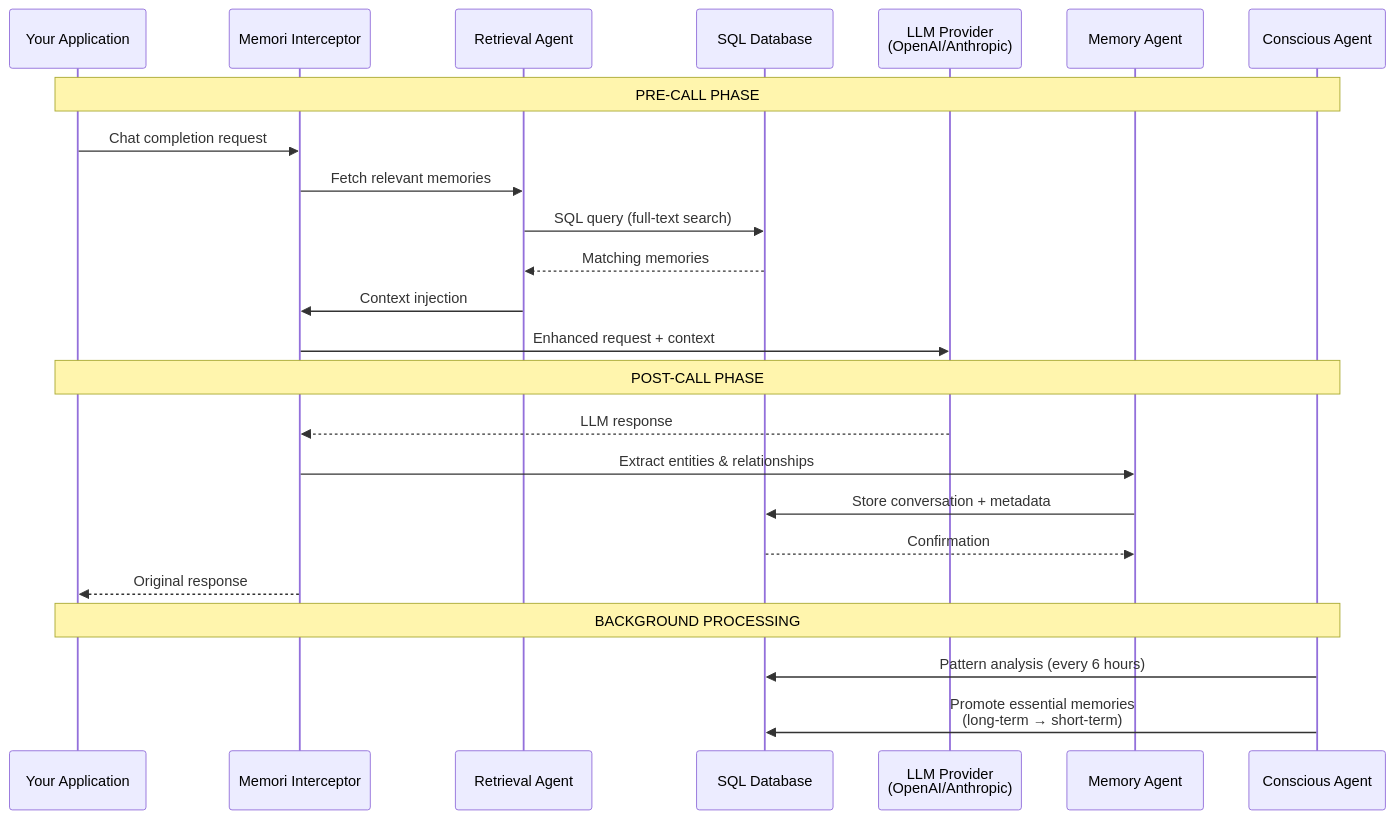
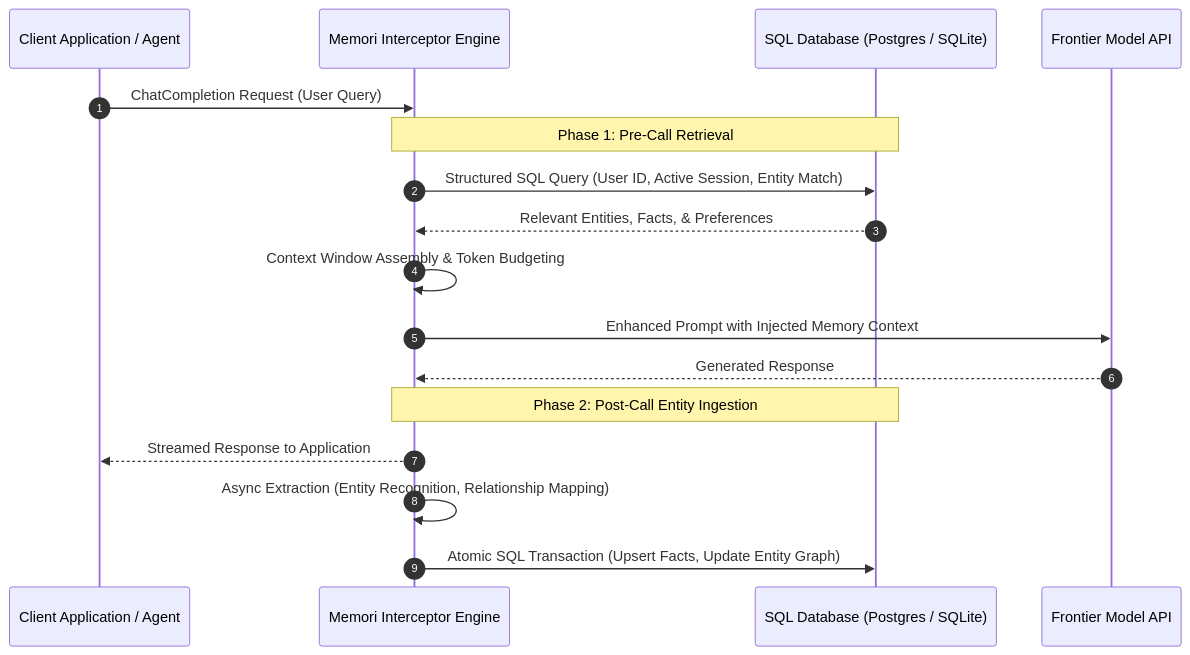
Before and after one commit to akillness/akillness.github.io: the first of 2 diagrams in _posts/2025/11/2025-11-26-memori-sql-native-memory-for-llms.md, drawn with Mermaid. The commit also changed other lines of this file and 1 other file, not shown here.

Commit message:
archive(dev): rebuild memori-sql-native-memory-for-llms from 2025-11 note

````diff
--- a/_posts/2025/11/2025-11-26-memori-sql-native-memory-for-llms.md
+++ b/_posts/2025/11/2025-11-26-memori-sql-native-memory-for-llms.md
@@ -70,29 +33,21 @@
 ```mermaid
 sequenceDiagram
-    participant App as Your Application
-    participant MI as Memori Interceptor
-    participant RA as Retrieval Agent
-    participant DB as SQL Database
-    participant LLM as LLM Provider<br/>(OpenAI/Anthropic)
-    participant MA as Memory Agent
-    participant CA as Conscious Agent
+    autonumber
+    participant App as Client Application / Agent
+    participant MI as Memori Interceptor Engine
+    participant DB as SQL Database (Postgres / SQLite)
+    participant LLM as Frontier Model API
 
-    Note over App,CA: PRE-CALL PHASE
-    App->>MI: Chat completion request
-    MI->>RA: Fetch relevant memories
-    RA->>DB: SQL query (full-text search)
-    DB-->>RA: Matching memories
-    RA->>MI: Context injection
-    MI->>LLM: Enhanced request + context
+    App->>MI: ChatCompletion Request (User Query)
+    Note over MI,DB: Phase 1: Pre-Call Retrieval
+    MI->>DB: Structured SQL Query (User ID, Active Session, Entity Match)
+    DB-->>MI: Relevant Entities, Facts, & Preferences
+    MI->>MI: Context Window Assembly & Token Budgeting
+    MI->>LLM: Enhanced Prompt with Injected Memory Context
+    LLM-->>MI: Generated Response
 
-    Note over App,CA: POST-CALL PHASE
-    LLM-->>MI: LLM response
-    MI->>MA: Extract entities & relationships
-    MA->>DB: Store conversation + metadata
-    DB-->>MA: Confirmation
-    MI-->>App: Original response
-
-    Note over App,CA: BACKGROUND PROCESSING
-    CA->>DB: Pattern analysis (every 6 hours)
-    CA->>DB: Promote essential memories<br/>(long-term → short-term)
+    Note over MI,DB: Phase 2: Post-Call Entity Ingestion
+    MI-->>App: Streamed Response to Application
+    MI->>MI: Async Extraction (Entity Recognition, Relationship Mapping)
+    MI->>DB: Atomic SQL Transaction (Upsert Facts, Update Entity Graph)
 ```
````
